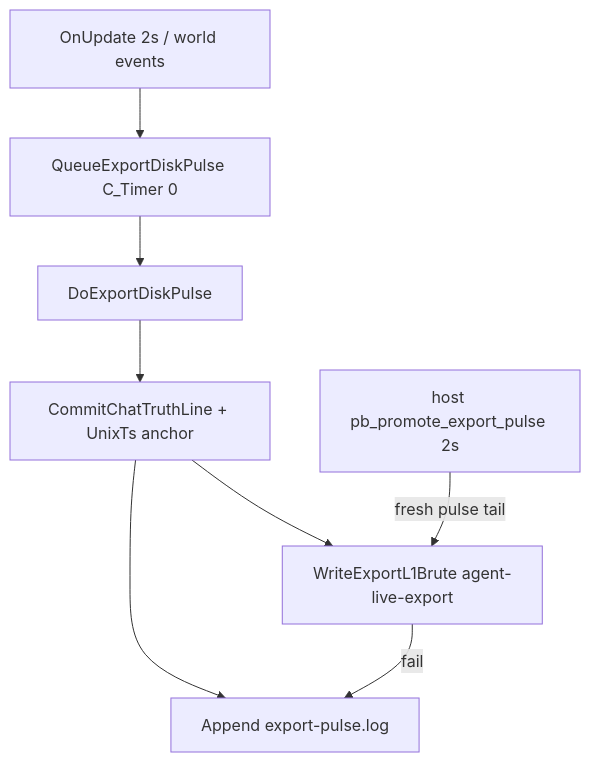
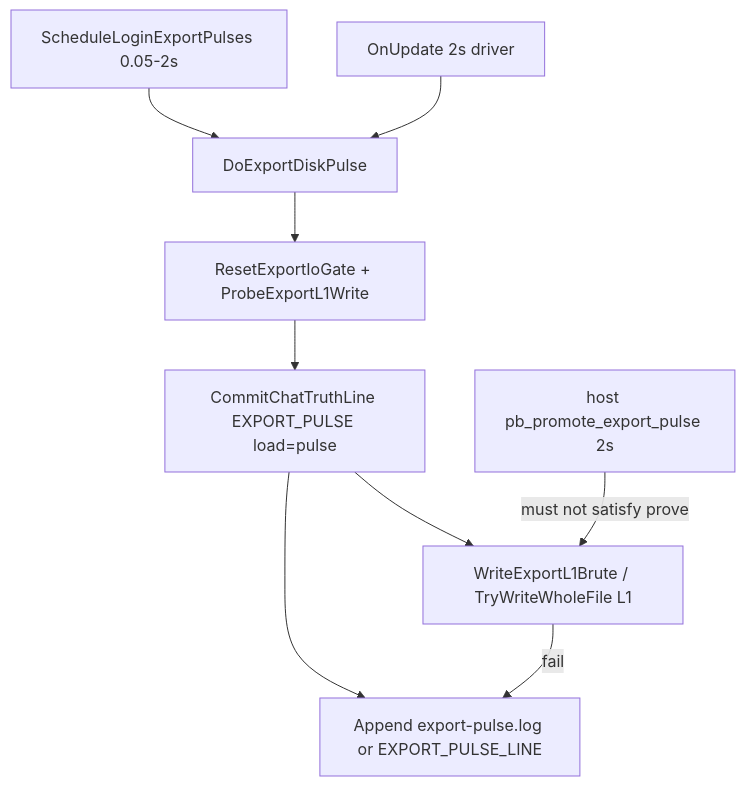
One commit to sirTurbisCZ/wow-forever-addons changed the first of 3 diagrams in addons/Plateband/Docs/loops.md. Above: the diagram before and after it, drawn with Mermaid. The commit also changed other lines of this file, not shown here.

Commit message:
docs: loops 0.3.04 export probe flow

````diff
--- a/addons/Plateband/Docs/loops.md
+++ b/addons/Plateband/Docs/loops.md
@@ -7,10 +7,11 @@
 ```mermaid
 flowchart TD
-  tick[OnUpdate 2s / world events] --> q[QueueExportDiskPulse C_Timer 0]
-  q --> pulse[DoExportDiskPulse]
-  pulse --> stamp[CommitChatTruthLine + UnixTs anchor]
-  stamp --> w[WriteExportL1Brute agent-live-export]
-  stamp --> a[Append export-pulse.log]
+  login[ScheduleLoginExportPulses 0.05-2s] --> pulse[DoExportDiskPulse]
+  tick[OnUpdate 2s driver] --> pulse
+  pulse --> gate[ResetExportIoGate + ProbeExportL1Write]
+  gate --> stamp[CommitChatTruthLine EXPORT_PULSE load=pulse]
+  stamp --> w[WriteExportL1Brute / TryWriteWholeFile L1]
+  stamp --> a[Append export-pulse.log or EXPORT_PULSE_LINE]
   w -->|fail| a
-  host[host pb_promote_export_pulse 2s] -->|fresh pulse tail| w
+  host[host pb_promote_export_pulse 2s] -->|must not satisfy prove| w
 ```
````
